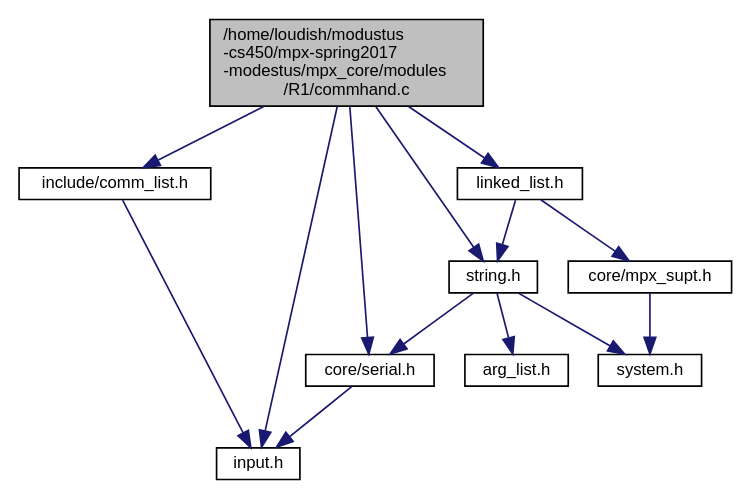
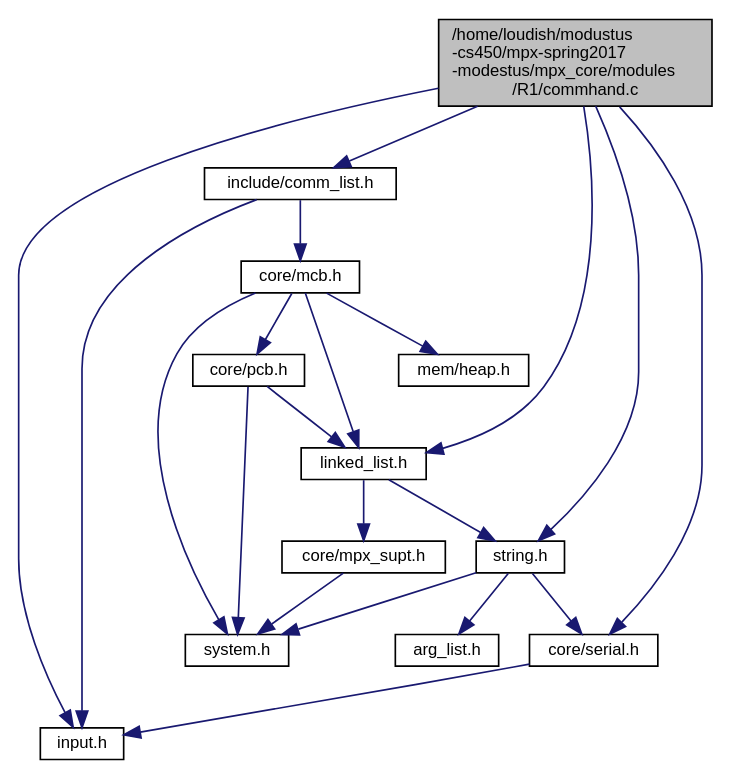
The diagram in commhand_8c__incl.dot (mpgramlich/mpgramlich.github.io), drawn with Graphviz before and after one commit. The commit also changed 259 other files, not shown here.

```diff
--- a/commhand_8c__incl.dot
+++ b/commhand_8c__incl.dot
@@ -1,27 +1,37 @@
 digraph "/home/loudish/modustus-cs450/mpx-spring2017-modestus/mpx_core/modules/R1/commhand.c"
 {
   edge [fontname="Helvetica",fontsize="10",labelfontname="Helvetica",labelfontsize="10"];
   node [fontname="Helvetica",fontsize="10",shape=record];
   Node1 [label="/home/loudish/modustus\l-cs450/mpx-spring2017\l-modestus/mpx_core/modules\l/R1/commhand.c",height=0.2,width=0.4,color="black", fillcolor="grey75", style="filled", fontcolor="black"];
   Node1 -> Node2 [color="midnightblue",fontsize="10",style="solid",fontname="Helvetica"];
   Node2 [label="core/serial.h",height=0.2,width=0.4,color="black", fillcolor="white", style="filled",URL="$serial_8h.html"];
   Node2 -> Node3 [color="midnightblue",fontsize="10",style="solid",fontname="Helvetica"];
   Node3 [label="input.h",height=0.2,width=0.4,color="black", fillcolor="white", style="filled",URL="$input_8h.html"];
   Node1 -> Node3 [color="midnightblue",fontsize="10",style="solid",fontname="Helvetica"];
   Node1 -> Node4 [color="midnightblue",fontsize="10",style="solid",fontname="Helvetica"];
   Node4 [label="string.h",height=0.2,width=0.4,color="black", fillcolor="white", style="filled",URL="$string_8h.html"];
   Node4 -> Node5 [color="midnightblue",fontsize="10",style="solid",fontname="Helvetica"];
   Node5 [label="system.h",height=0.2,width=0.4,color="black", fillcolor="white", style="filled",URL="$system_8h.html"];
   Node4 -> Node6 [color="midnightblue",fontsize="10",style="solid",fontname="Helvetica"];
   Node6 [label="arg_list.h",height=0.2,width=0.4,color="black", fillcolor="white", style="filled",URL="$arg__list_8h.html"];
   Node4 -> Node2 [color="midnightblue",fontsize="10",style="solid",fontname="Helvetica"];
   Node1 -> Node7 [color="midnightblue",fontsize="10",style="solid",fontname="Helvetica"];
   Node7 [label="include/comm_list.h",height=0.2,width=0.4,color="black", fillcolor="white", style="filled",URL="$comm__list_8h.html"];
+  Node7 -> Node8 [color="midnightblue",fontsize="10",style="solid",fontname="Helvetica"];
+  Node8 [label="core/mcb.h",height=0.2,width=0.4,color="black", fillcolor="white", style="filled",URL="$mcb_8h.html"];
+  Node8 -> Node5 [color="midnightblue",fontsize="10",style="solid",fontname="Helvetica"];
+  Node8 -> Node9 [color="midnightblue",fontsize="10",style="solid",fontname="Helvetica"];
+  Node9 [label="mem/heap.h",height=0.2,width=0.4,color="black", fillcolor="white", style="filled",URL="$heap_8h.html"];
+  Node8 -> Node10 [color="midnightblue",fontsize="10",style="solid",fontname="Helvetica"];
+  Node10 [label="core/pcb.h",height=0.2,width=0.4,color="black", fillcolor="white", style="filled",URL="$pcb_8h.html"];
+  Node10 -> Node5 [color="midnightblue",fontsize="10",style="solid",fontname="Helvetica"];
+  Node10 -> Node11 [color="midnightblue",fontsize="10",style="solid",fontname="Helvetica"];
+  Node11 [label="linked_list.h",height=0.2,width=0.4,color="black", fillcolor="white", style="filled",URL="$linked__list_8h.html"];
+  Node11 -> Node4 [color="midnightblue",fontsize="10",style="solid",fontname="Helvetica"];
+  Node11 -> Node12 [color="midnightblue",fontsize="10",style="solid",fontname="Helvetica"];
+  Node12 [label="core/mpx_supt.h",height=0.2,width=0.4,color="black", fillcolor="white", style="filled",URL="$mpx__supt_8h.html"];
+  Node12 -> Node5 [color="midnightblue",fontsize="10",style="solid",fontname="Helvetica"];
+  Node8 -> Node11 [color="midnightblue",fontsize="10",style="solid",fontname="Helvetica"];
   Node7 -> Node3 [color="midnightblue",fontsize="10",style="solid",fontname="Helvetica"];
-  Node1 -> Node8 [color="midnightblue",fontsize="10",style="solid",fontname="Helvetica"];
-  Node8 [label="linked_list.h",height=0.2,width=0.4,color="black", fillcolor="white", style="filled",URL="$linked__list_8h.html"];
-  Node8 -> Node4 [color="midnightblue",fontsize="10",style="solid",fontname="Helvetica"];
-  Node8 -> Node9 [color="midnightblue",fontsize="10",style="solid",fontname="Helvetica"];
-  Node9 [label="core/mpx_supt.h",height=0.2,width=0.4,color="black", fillcolor="white", style="filled",URL="$mpx__supt_8h.html"];
-  Node9 -> Node5 [color="midnightblue",fontsize="10",style="solid",fontname="Helvetica"];
+  Node1 -> Node11 [color="midnightblue",fontsize="10",style="solid",fontname="Helvetica"];
 }
```
